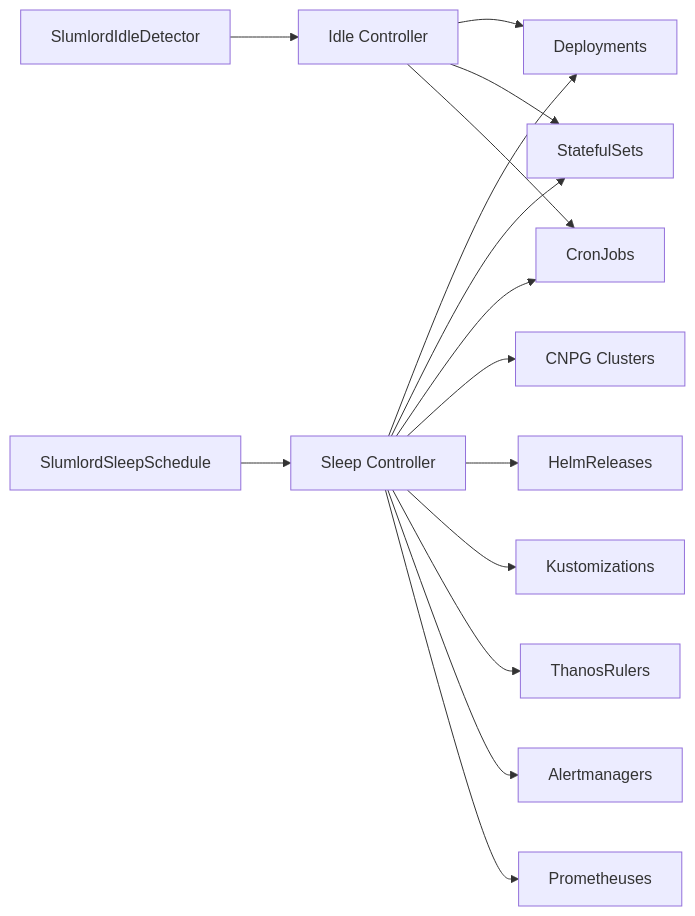
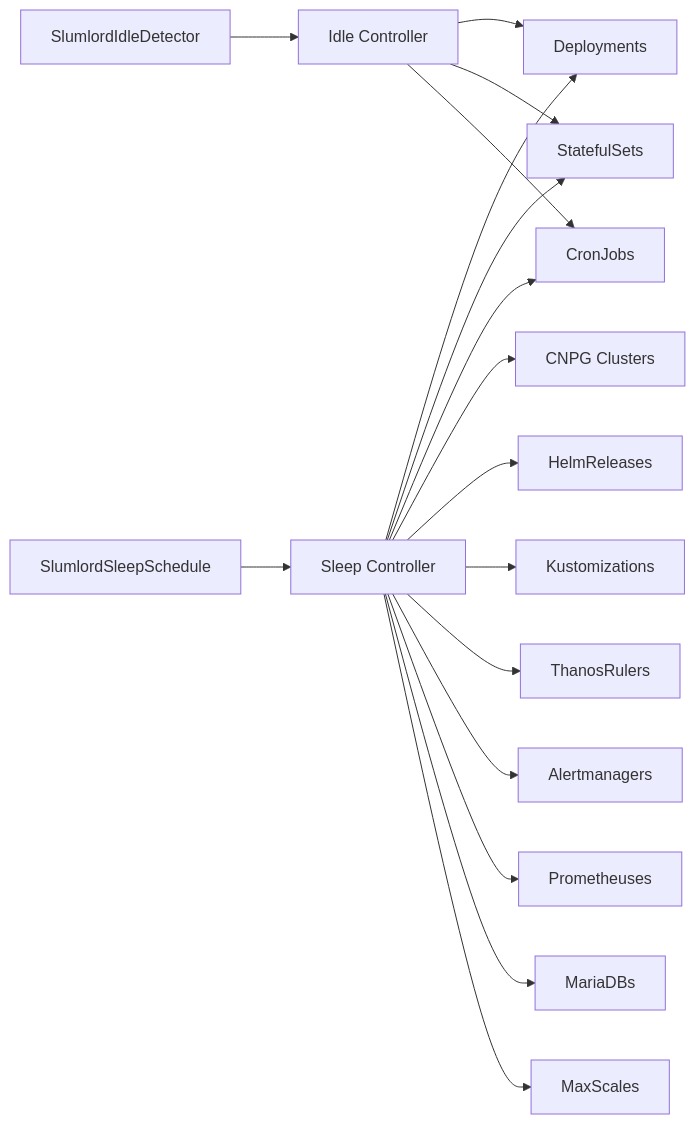
Before and after one commit to cschockaert/slumlord: the diagram in README.md, drawn with Mermaid. The commit also changed other lines of this file and 10 other files, not shown here.

First line of the commit message:
feat: add MariaDB Operator CRD support (MariaDB, MaxScale) (#38)

````diff
--- a/README.md
+++ b/README.md
@@ -259,18 +283,20 @@
 ```mermaid
 graph LR
     A[SlumlordSleepSchedule] --> B[Sleep Controller]
     B --> C[Deployments]
     B --> D[StatefulSets]
     B --> E[CronJobs]
     B --> F[CNPG Clusters]
     B --> G[HelmReleases]
     B --> H[Kustomizations]
     B --> K[ThanosRulers]
     B --> L[Alertmanagers]
     B --> M[Prometheuses]
+    B --> N[MariaDBs]
+    B --> O[MaxScales]
 
     I[SlumlordIdleDetector] --> J[Idle Controller]
     J --> C
     J --> D
     J --> E
 ```
````
